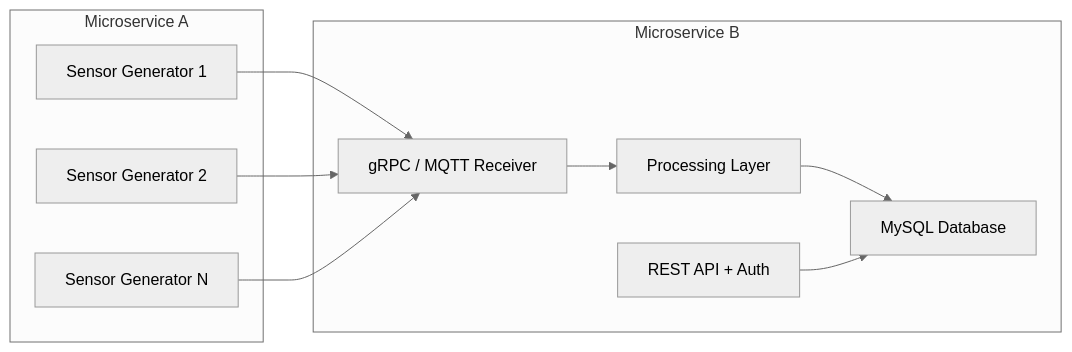
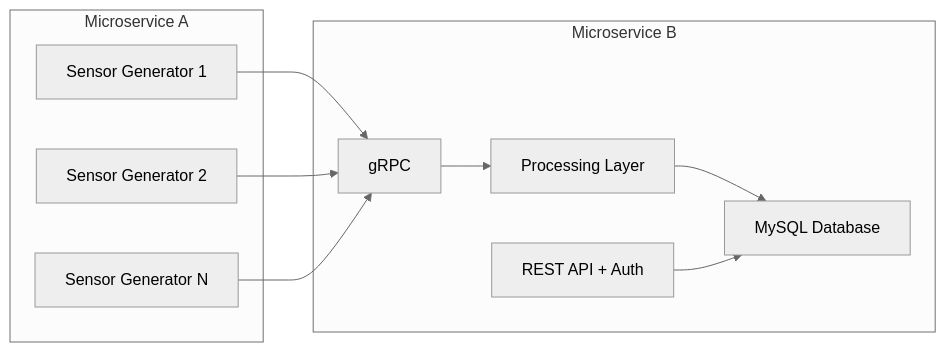
Before and after one commit to thomasdarmawan9/datastream-backend: the first of 2 diagrams in README.md, drawn with Mermaid (neutral theme). The commit also changed other lines of this file and 24 other files, not shown here.

````diff
--- a/README.md
+++ b/README.md
@@ -60,21 +60,21 @@
 ```mermaid
 flowchart LR
     subgraph A[Microservice A]
         A1[Sensor Generator 1]
         A2[Sensor Generator 2]
         A3[Sensor Generator N]
     end
 
     subgraph B[Microservice B]
-        B1[gRPC / MQTT Receiver]
+        B1[gRPC]
         B2[Processing Layer]
         B3[MySQL Database]
         B4[REST API + Auth]
     end
 
     A1 --> B1
     A2 --> B1
     A3 --> B1
     B1 --> B2 --> B3
     B4 --> B3
 ```
````
